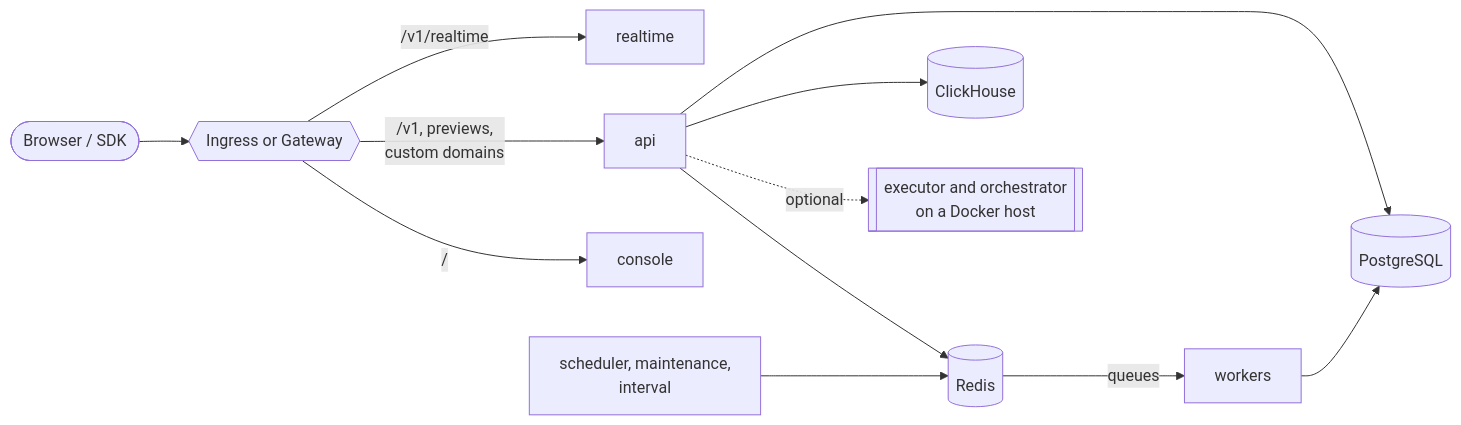
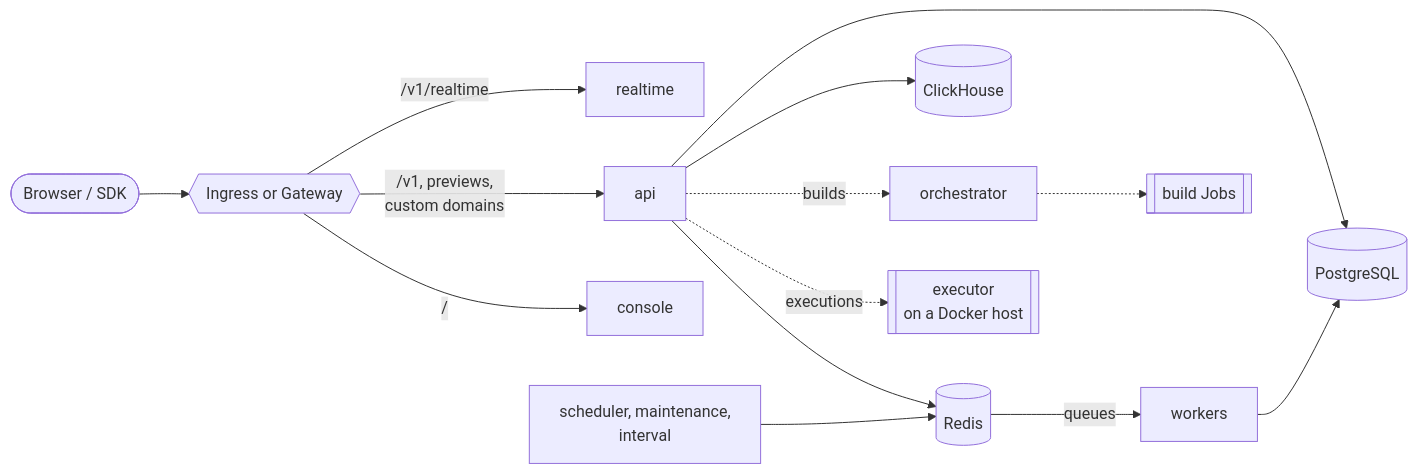
The diagram in charts/appwrite/README.md (appwrite/helm-chart), drawn with Mermaid before and after one commit. The commit also changed other lines of this file and 33 other files, not shown here.

````diff
--- a/charts/appwrite/README.md
+++ b/charts/appwrite/README.md
@@ -59,14 +60,15 @@
 ```mermaid
 flowchart LR
   user([Browser / SDK]) --> edge{{Ingress or Gateway}}
   edge -- "/v1/realtime" --> realtime[realtime]
   edge -- "/v1, previews,\ncustom domains" --> api[api]
   edge -- "/" --> console[console]
   api --> pg[(PostgreSQL)]
   api --> redis[(Redis)]
   api --> ch[(ClickHouse)]
   redis -- queues --> workers[workers]
   tasks[scheduler, maintenance,\ninterval] --> redis
   workers --> pg
-  api -. "optional" .-> compute[[executor and orchestrator\non a Docker host]]
+  api -. "builds" .-> orchestrator[orchestrator] -.-> builds[[build Jobs]]
+  api -. "executions" .-> executor[[executor\non a Docker host]]
 ```
````
